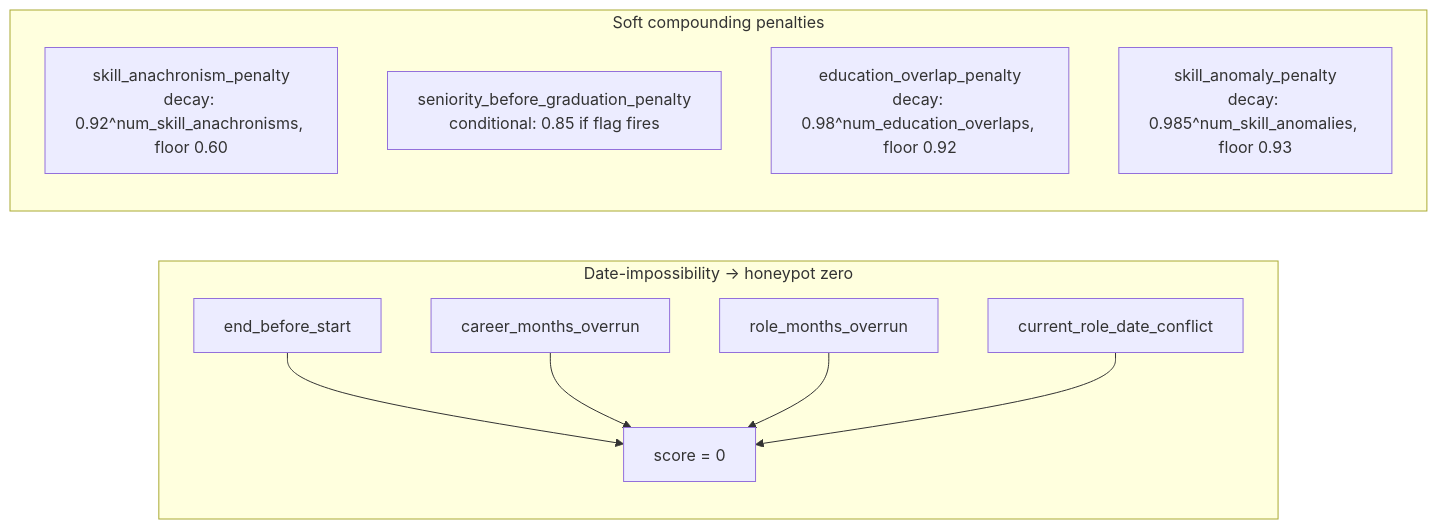
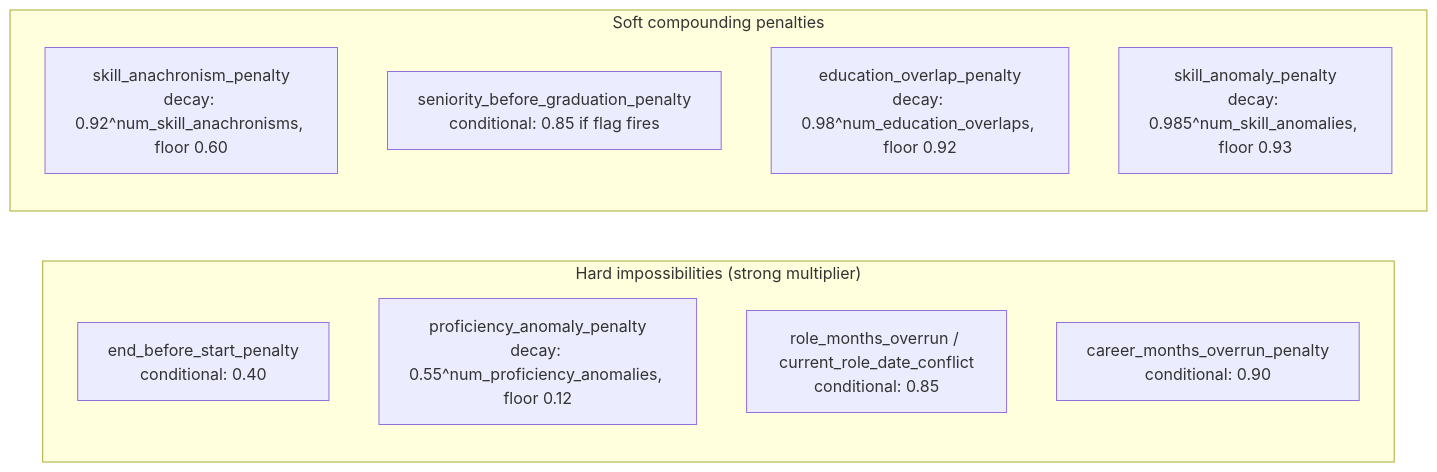
Before and after one commit to ankitkr-04/candidate-ranker-v2: the second of 2 diagrams in docs/integrity.md, drawn with Mermaid. The commit also changed other lines of this file and 6 other files, not shown here.

Commit message:
Add proficiency anomaly metrics and penalties: enhance integrity checks for unsupported expert-skill claims

````diff
--- a/docs/integrity.md
+++ b/docs/integrity.md
@@ -141,16 +146,16 @@
 ```mermaid
 graph LR
-    subgraph "Date-impossibility → honeypot zero"
-        H1[end_before_start] --> HZ[score = 0]
-        H2[career_months_overrun] --> HZ
-        H3[role_months_overrun] --> HZ
-        H4[current_role_date_conflict] --> HZ
+    subgraph "Hard impossibilities (strong multiplier)"
+        H1["end_before_start_penalty\nconditional: 0.40"]
+        H2["proficiency_anomaly_penalty\ndecay: 0.55^num_proficiency_anomalies, floor 0.12"]
+        H3["role_months_overrun / current_role_date_conflict\nconditional: 0.85"]
+        H4["career_months_overrun_penalty\nconditional: 0.90"]
     end
 
     subgraph "Soft compounding penalties"
         P1["skill_anachronism_penalty\ndecay: 0.92^num_skill_anachronisms, floor 0.60"]
         P2["seniority_before_graduation_penalty\nconditional: 0.85 if flag fires"]
         P3["education_overlap_penalty\ndecay: 0.98^num_education_overlaps, floor 0.92"]
         P4["skill_anomaly_penalty\ndecay: 0.985^num_skill_anomalies, floor 0.93"]
     end
 ```
````
